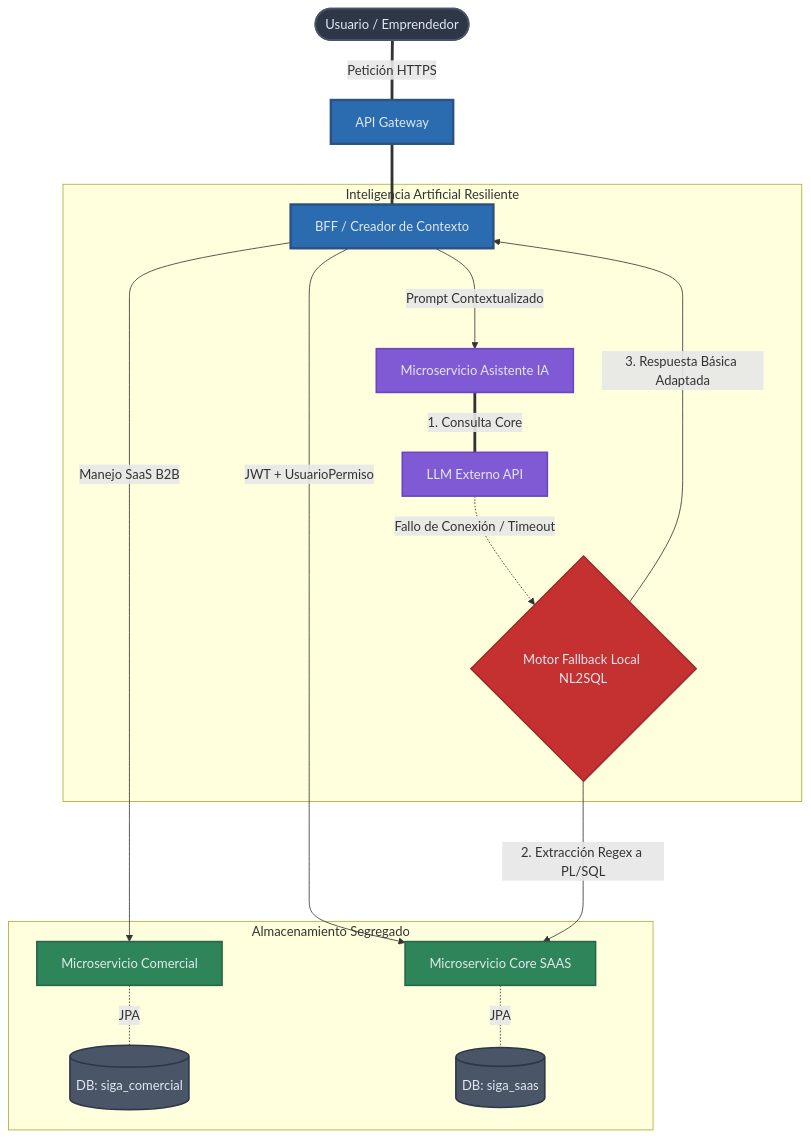
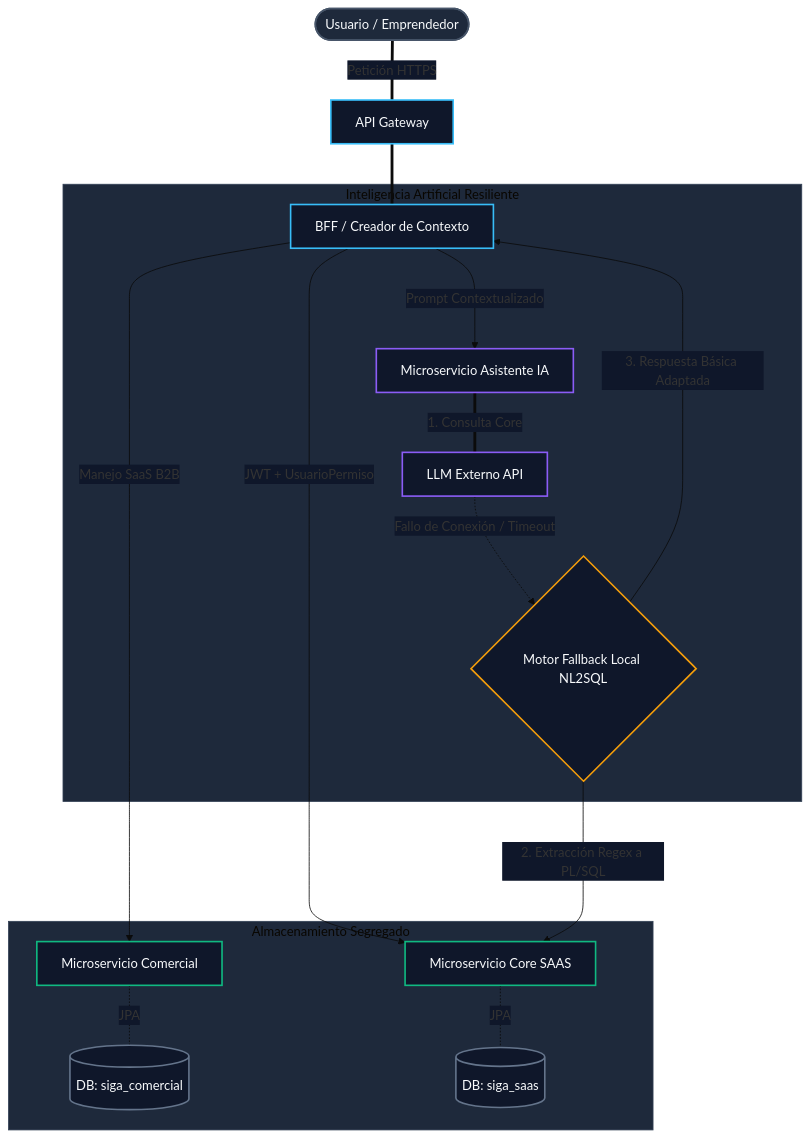
One commit to HecAguilaV/SIGA changed the diagram in arquitectura-agentica/DIAGRAMA_SISTEMA.md. Above: the diagram before and after it, drawn with Mermaid.

Commit message:
docs: actualizar tema de mermaid a paleta Dark Slate (eliminar rojos y amarillos)

````diff
--- a/arquitectura-agentica/DIAGRAMA_SISTEMA.md
+++ b/arquitectura-agentica/DIAGRAMA_SISTEMA.md
@@ -5,35 +5,37 @@
 ```mermaid
+%%{init: {'theme': 'base', 'themeVariables': { 'clusterBkg': '#1E293B', 'clusterBorder': '#334155', 'edgeLabelBackground': '#0F172A', 'mainBkg': '#0F172A'}}}%%
 graph TD
-    %% Estilos Profesionales Soberbios
-    classDef client fill:#2D3748,stroke:#4A5568,stroke-width:2px,color:#E2E8F0;
-    classDef gateway fill:#2B6CB0,stroke:#2C5282,stroke-width:3px,color:#E2E8F0;
-    classDef service fill:#2F855A,stroke:#276749,stroke-width:2px,color:#E2E8F0;
-    classDef database fill:#4A5568,stroke:#2D3748,stroke-width:2px,color:#E2E8F0;
-    classDef ai fill:#805AD5,stroke:#6B46C1,stroke-width:2px,color:#E2E8F0;
-    classDef fallback fill:#C53030,stroke:#9B2C2C,stroke-width:2px,color:#E2E8F0;
+    %% Estilos Profesionales Soberbios (Dark Slate Theme)
+    classDef client fill:#1E293B,stroke:#475569,stroke-width:2px,color:#F8FAFC;
+    classDef gateway fill:#0F172A,stroke:#38BDF8,stroke-width:2px,color:#F8FAFC;
+    classDef service fill:#0F172A,stroke:#10B981,stroke-width:2px,color:#F8FAFC;
+    classDef database fill:#0F172A,stroke:#64748B,stroke-width:2px,color:#F8FAFC;
+    classDef ai fill:#0F172A,stroke:#8B5CF6,stroke-width:2px,color:#F8FAFC;
+    classDef fallback fill:#0F172A,stroke:#F59E0B,stroke-width:2px,color:#F8FAFC;
+
 
     User([Usuario / Emprendedor]):::client
 
     %% Gateway & Orquestación
     User ===|Petición HTTPS| API[API Gateway]:::gateway
     API === BFF[BFF / Creador de Contexto]:::gateway
 
     %% Módulos Independientes
     BFF --->|Manejo SaaS B2B| MC[Microservicio Comercial]:::service
     BFF --->|JWT + UsuarioPermiso| MI[Microservicio Core SAAS]:::service
     BFF --->|Prompt Contextualizado| IA[Microservicio Asistente IA]:::ai
 
     %% Almacenamiento
     subgraph Almacenamiento Segregado
         MC -.- |JPA| BD_C[(DB: siga_comercial)]:::database
         MI -.- |JPA| BD_S[(DB: siga_saas)]:::database
     end
 
     %% IA y Contingencia
     subgraph Inteligencia Artificial Resiliente
         IA === |1. Consulta Core| LLM[LLM Externo API]:::ai
         LLM -.->|Fallo de Conexión / Timeout| FB{Motor Fallback Local NL2SQL}:::fallback
         FB --->|2. Extracción Regex a PL/SQL| MI
         FB --->|3. Respuesta Básica Adaptada| BFF
     end
 ```
````
